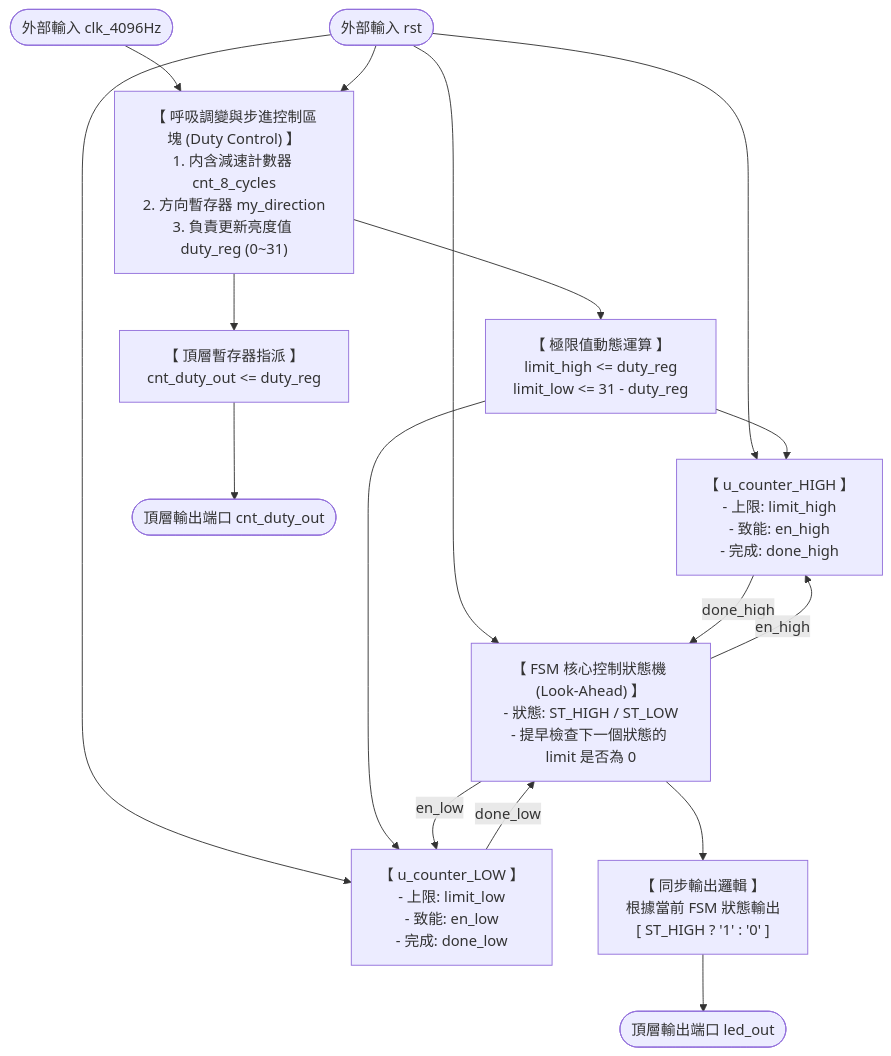
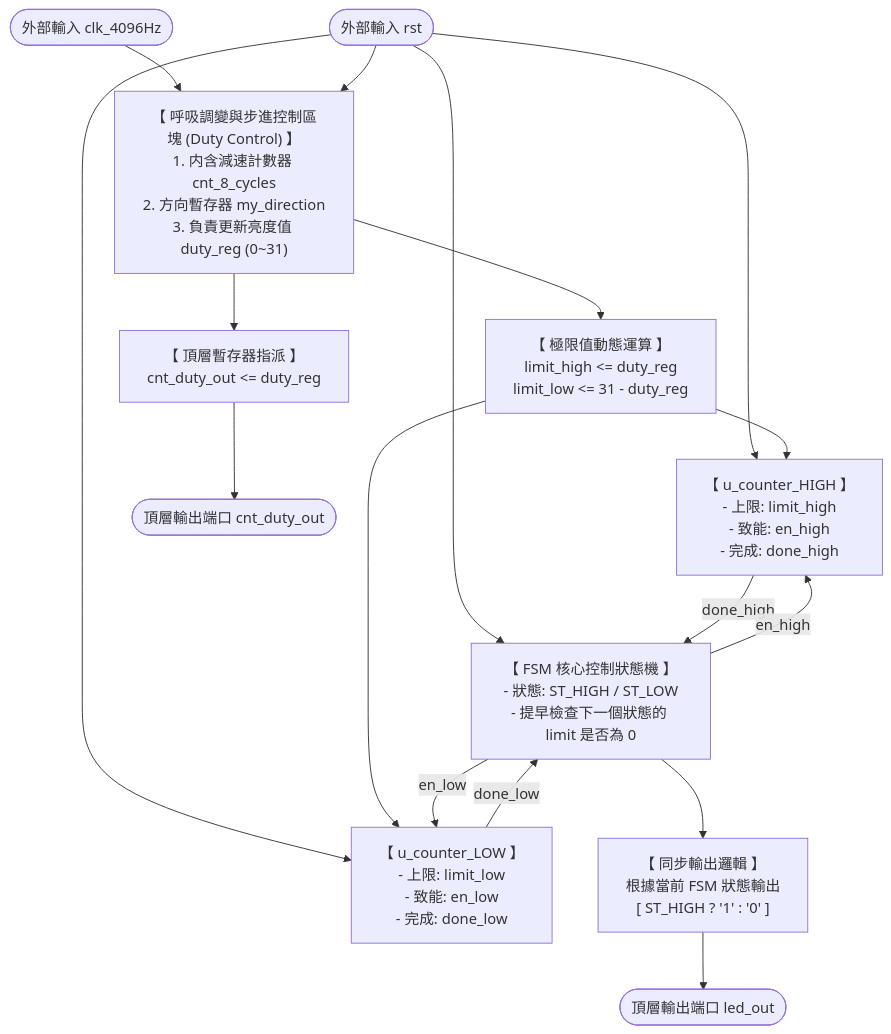
The diagram in README.md (c111185103-alt/Projecj4_PWM_Breathing), drawn with Mermaid before and after one commit.

````diff
--- a/README.md
+++ b/README.md
@@ -20,36 +20,36 @@
 ```mermaid
 flowchart TD
     CLK([外部輸入 clk_4096Hz]) --> DC
     RST([外部輸入 rst]) --> DC
     RST --> FSM
     RST --> CNTH
     RST --> CNTL
 
     DC["【 呼吸調變與步進控制區塊 (Duty Control) 】<br/>1. 内含減速計數器 cnt_8_cycles<br/>2. 方向暫存器 my_direction<br/>3. 負責更新亮度值 duty_reg (0~31)"]
     
     DUTY_VEC["【 頂層暫存器指派 】<br/>cnt_duty_out <= duty_reg"]
     LIMITS["【 極限值動態運算 】<br/>limit_high <= duty_reg<br/>limit_low <= 31 - duty_reg"]
     
     DC --> DUTY_VEC
     DC --> LIMITS
 
     CNTH["【 u_counter_HIGH 】<br/>- 上限: limit_high<br/>- 致能: en_high<br/>- 完成: done_high"]
     CNTL["【 u_counter_LOW 】<br/>- 上限: limit_low<br/>- 致能: en_low<br/>- 完成: done_low"]
 
     LIMITS --> CNTH
     LIMITS --> CNTL
 
-    FSM["【 FSM 核心控制狀態機 (Look-Ahead) 】<br/>- 狀態: ST_HIGH / ST_LOW<br/>- 提早檢查下一個狀態的 limit 是否為 0"]
+    FSM["【 FSM 核心控制狀態機 】<br/>- 狀態: ST_HIGH / ST_LOW<br/>- 提早檢查下一個狀態的 limit 是否為 0"]
 
     CNTH -->|done_high| FSM
     CNTL -->|done_low| FSM
     FSM -->|en_high| CNTH
     FSM -->|en_low| CNTL
 
     OUT["【 同步輸出邏輯 】<br/>根據當前 FSM 狀態輸出<br/>[ ST_HIGH ? '1' : '0' ]"]
     FSM --> OUT
 
     DUTY_VEC --> OUT_DUTY([頂層輸出端口 cnt_duty_out])
     OUT --> LED([頂層輸出端口 led_out])
 
 ```
````
